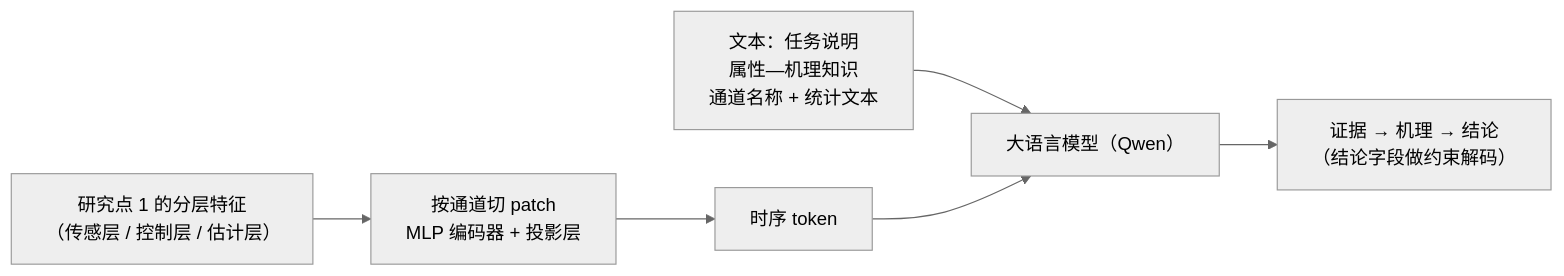
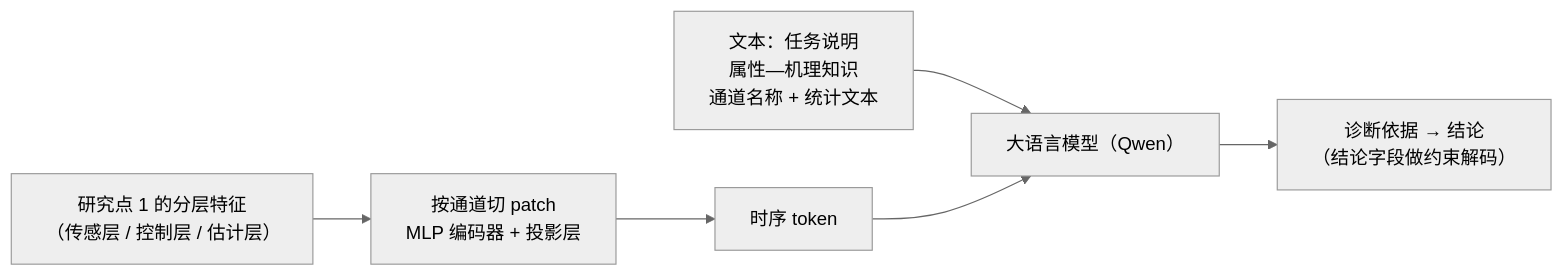
Before and after one commit to Sink-ing/claude-remote-reposity: the diagram in 开题报告/研究点2框架说明.md, drawn with Mermaid (neutral theme). The commit also changed other lines of this file and 2 other files, not shown here.

````diff
--- a/开题报告/研究点2框架说明.md
+++ b/开题报告/研究点2框架说明.md
@@ -9,8 +9,8 @@
 ```mermaid
 flowchart LR
   A["研究点 1 的分层特征<br/>（传感层 / 控制层 / 估计层）"] --> B["按通道切 patch<br/>MLP 编码器 + 投影层"]
   B --> C["时序 token"]
   D["文本：任务说明<br/>属性—机理知识<br/>通道名称 + 统计文本"] --> E["大语言模型（Qwen）"]
   C --> E
-  E --> F["证据 → 机理 → 结论<br/>（结论字段做约束解码）"]
+  E --> F["诊断依据 → 结论<br/>（结论字段做约束解码）"]
 ```
````
